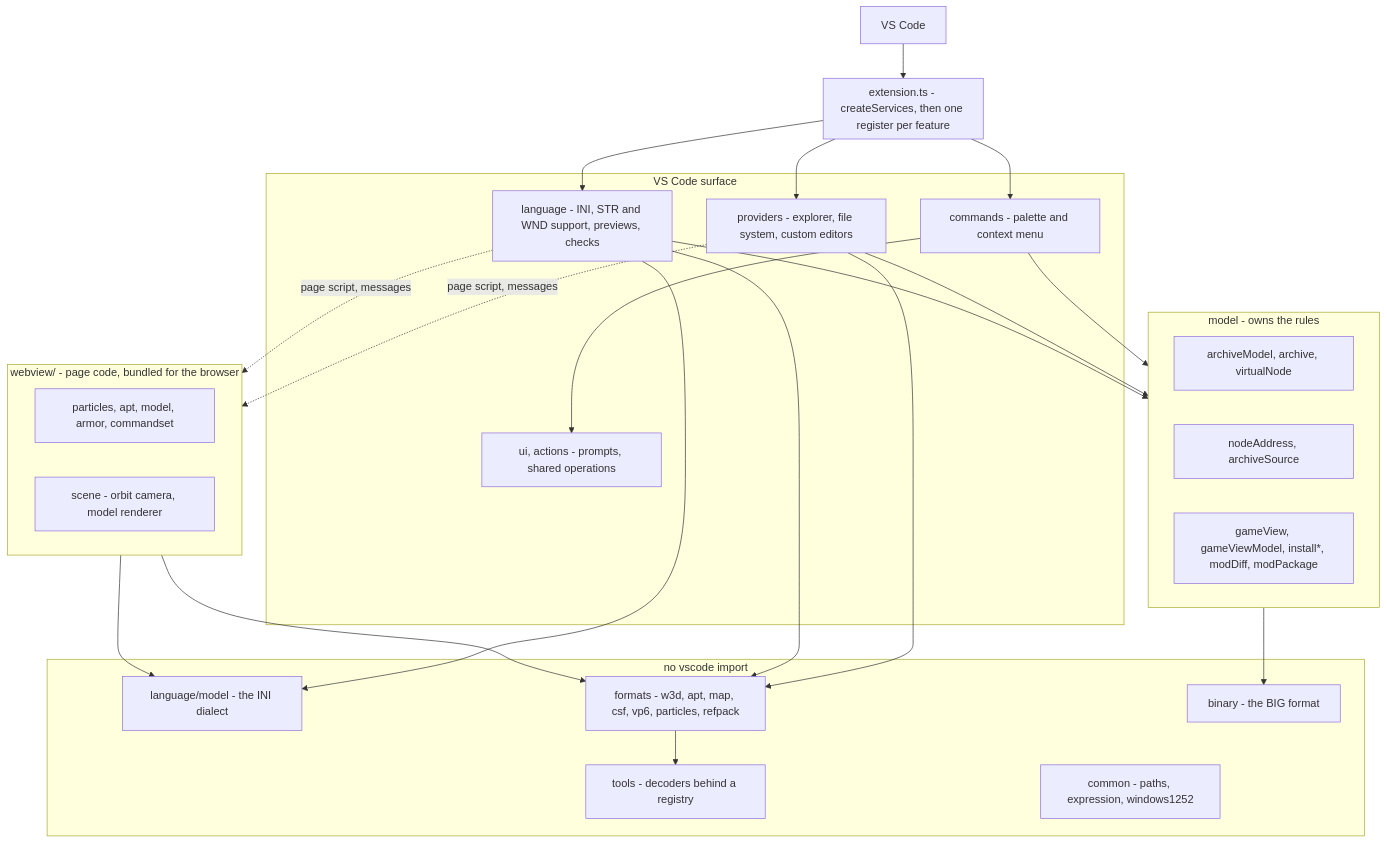
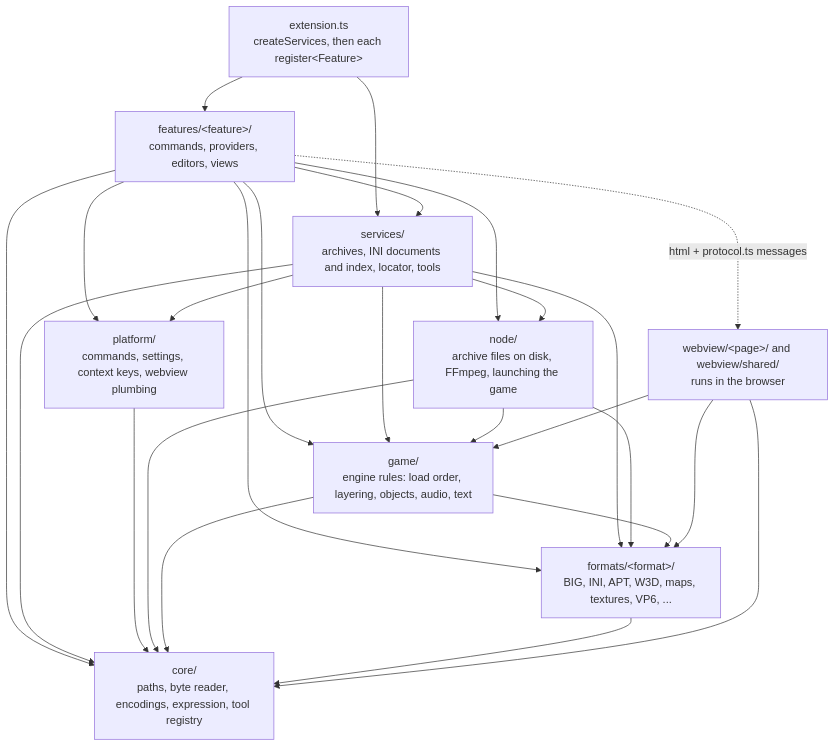
One commit to max-bronner/bigfs changed the first of 7 diagrams in docs/architecture.md. Above: the diagram before and after it, drawn with Mermaid. The commit also changed other lines of this file and 3 other files, not shown here.

````diff
--- a/docs/architecture.md
+++ b/docs/architecture.md
@@ -38,45 +39,22 @@
 ```mermaid
 flowchart TD
-  VS["VS Code"]
+  EXT["extension.ts<br/>createServices, then each register&lt;Feature&gt;"]
+  FEAT["features/&lt;feature&gt;/<br/>commands, providers, editors, views"]
+  SVC["services/<br/>archives, INI documents and index, locator, tools"]
+  PLAT["platform/<br/>commands, settings, context keys, webview plumbing"]
+  NODE["node/<br/>archive files on disk, FFmpeg, launching the game"]
+  GAME["game/<br/>engine rules: load order, layering, objects, audio, text"]
+  FMT["formats/&lt;format&gt;/<br/>BIG, INI, APT, W3D, maps, textures, VP6, ..."]
+  CORE["core/<br/>paths, byte reader, encodings, expression, tool registry"]
+  PAGE["webview/&lt;page&gt;/ and webview/shared/<br/>runs in the browser"]
 
-  subgraph entry["extension.ts - createServices, then one register per feature"]
-  end
-
-  subgraph surface["VS Code surface"]
-    CMD["commands - palette and context menu"]
-    PRV["providers - explorer, file system, custom editors"]
-    LANG["language - INI, STR and WND support, previews, checks"]
-    UI["ui, actions - prompts, shared operations"]
-  end
-
-  subgraph pages["webview/ - page code, bundled for the browser"]
-    WP["particles, apt, model, armor, commandset"]
-    WS["scene - orbit camera, model renderer"]
-  end
-
-  subgraph model["model - owns the rules"]
-    AM["archiveModel, archive, virtualNode"]
-    NA["nodeAddress, archiveSource"]
-    GV["gameView, gameViewModel, install*, modDiff, modPackage"]
-  end
-
-  subgraph pure["no vscode import"]
-    LM["language/model - the INI dialect"]
-    FMT["formats - w3d, apt, map, csf, vp6, particles, refpack"]
-    TLS["tools - decoders behind a registry"]
-    BIN["binary - the BIG format"]
-    COM["common - paths, expression, windows1252"]
-  end
-
-  VS --> entry
-  entry --> CMD & PRV & LANG
-  CMD --> UI
-  CMD & PRV & LANG --> model
-  LANG --> LM
-  PRV & LANG --> FMT
-  FMT --> TLS
-  PRV & LANG -. "page script, messages" .-> pages
-  pages --> FMT
-  pages --> LM
-  model --> BIN
+  EXT --> FEAT & SVC
+  FEAT --> SVC & PLAT & NODE & GAME & FMT & CORE
+  FEAT -. "html + protocol.ts messages" .-> PAGE
+  SVC --> PLAT & NODE & GAME & FMT & CORE
+  PLAT --> CORE
+  NODE --> GAME & FMT & CORE
+  GAME --> FMT & CORE
+  FMT --> CORE
+  PAGE --> GAME & FMT & CORE
 ```
````
